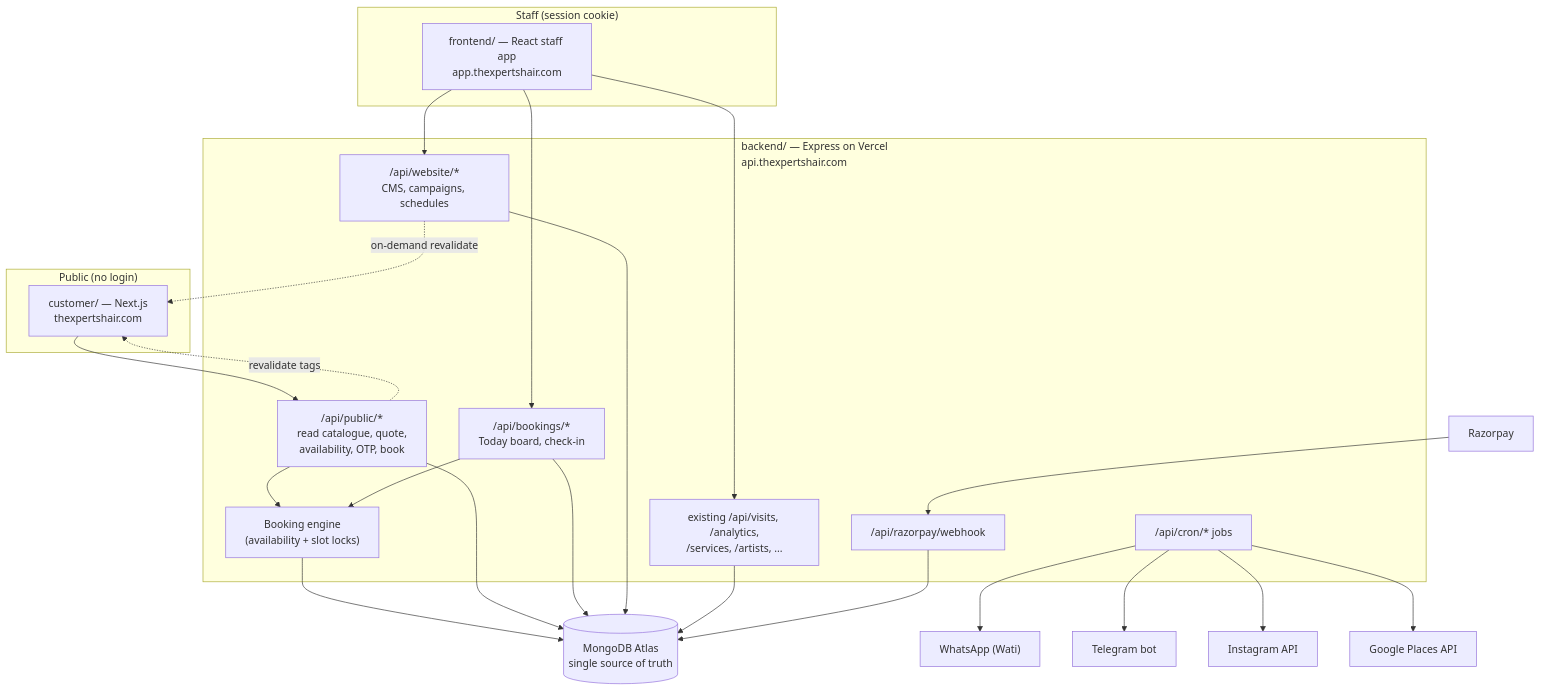
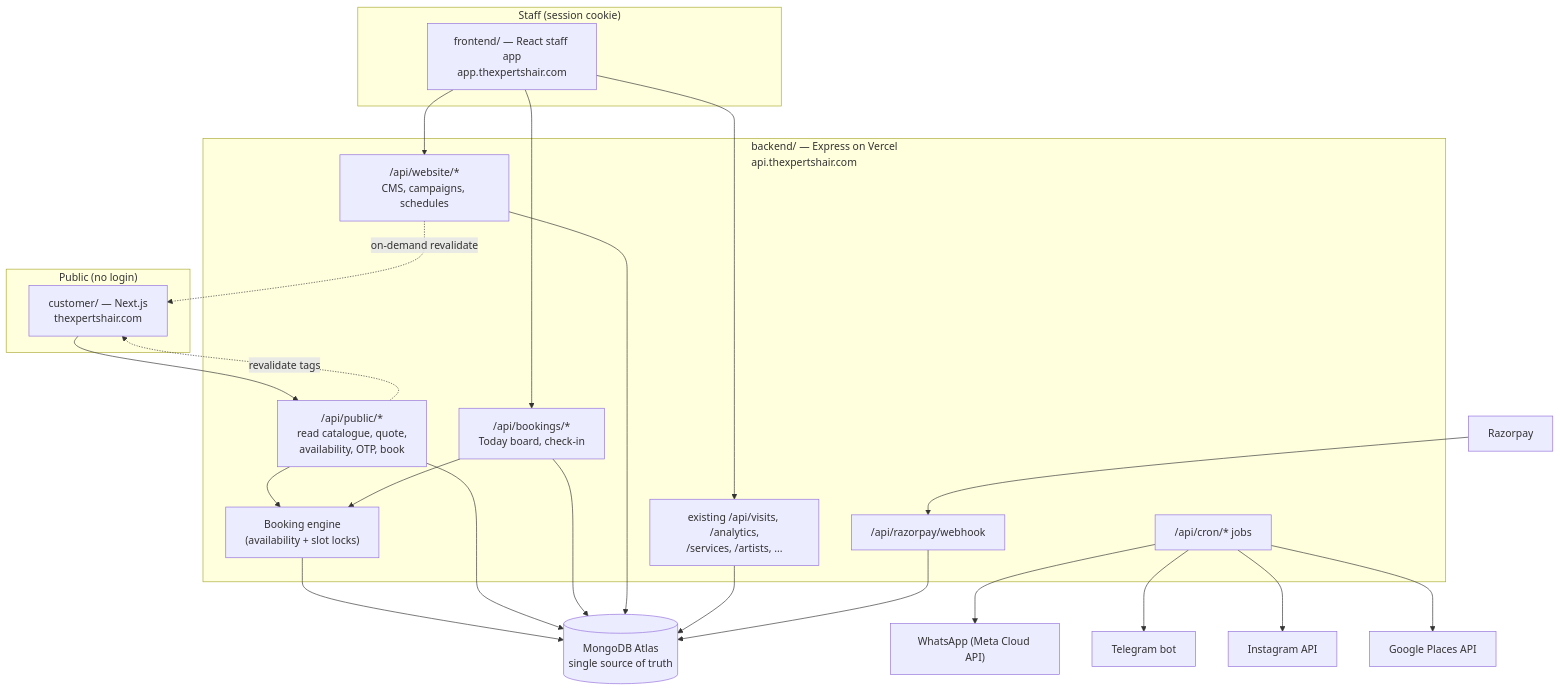
One commit to maheshaggarwal21/HAIR-SALON-WEBSITE changed the first of 3 diagrams in docs/customer-platform/CONTROL_FLOW_AND_DATA_LOGIC.md. Above: the diagram before and after it, drawn with Mermaid. The commit also changed other lines of this file and 13 other files, not shown here.

First line of the commit message:
chore: remove Wati, WhatsApp goes only through Meta Cloud API (D57)

````diff
--- a/docs/customer-platform/CONTROL_FLOW_AND_DATA_LOGIC.md
+++ b/docs/customer-platform/CONTROL_FLOW_AND_DATA_LOGIC.md
@@ -13,35 +13,35 @@
 ```mermaid
 flowchart TB
   subgraph Public["Public (no login)"]
     C["customer/ — Next.js<br/>thexpertshair.com"]
   end
   subgraph Staff["Staff (session cookie)"]
     S["frontend/ — React staff app<br/>app.thexpertshair.com"]
   end
   subgraph API["backend/ — Express on Vercel<br/>api.thexpertshair.com"]
     P["/api/public/*<br/>read catalogue, quote,<br/>availability, OTP, book"]
     B["/api/bookings/*<br/>Today board, check-in"]
     W["/api/website/*<br/>CMS, campaigns, schedules"]
     E["existing /api/visits, /analytics,<br/>/services, /artists, ..."]
     BE["Booking engine<br/>(availability + slot locks)"]
     J["/api/cron/* jobs"]
     WH["/api/razorpay/webhook"]
   end
   DB[("MongoDB Atlas<br/>single source of truth")]
   RZ["Razorpay"]
-  WA["WhatsApp (Wati)"]
+  WA["WhatsApp (Meta Cloud API)"]
   TG["Telegram bot"]
   IG["Instagram API"]
   GP["Google Places API"]
 
   C --> P
   S --> B & W & E
   P --> BE
   B --> BE
   BE --> DB
   P & B & W & E --> DB
   RZ --> WH --> DB
   J --> WA & TG & IG & GP
   P -. "revalidate tags" .-> C
   W -. "on-demand revalidate" .-> C
 ```
````
